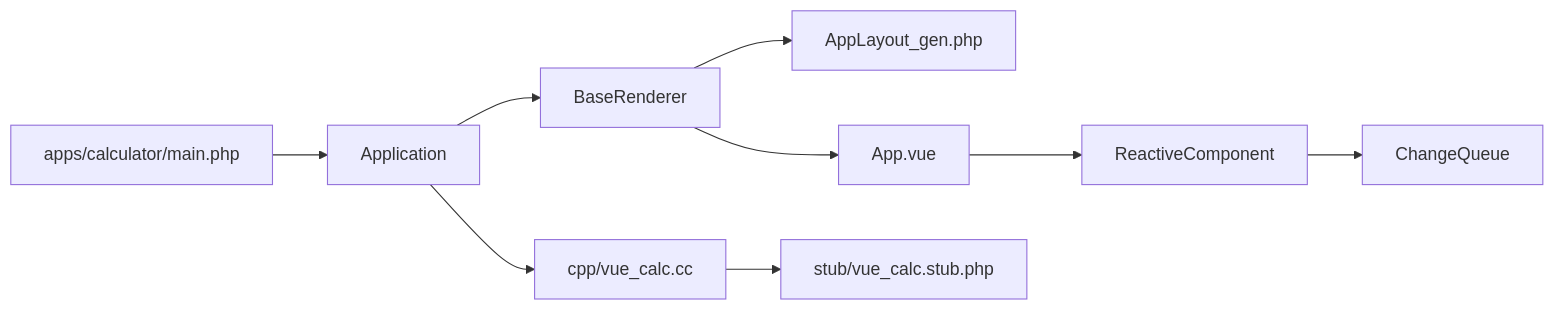
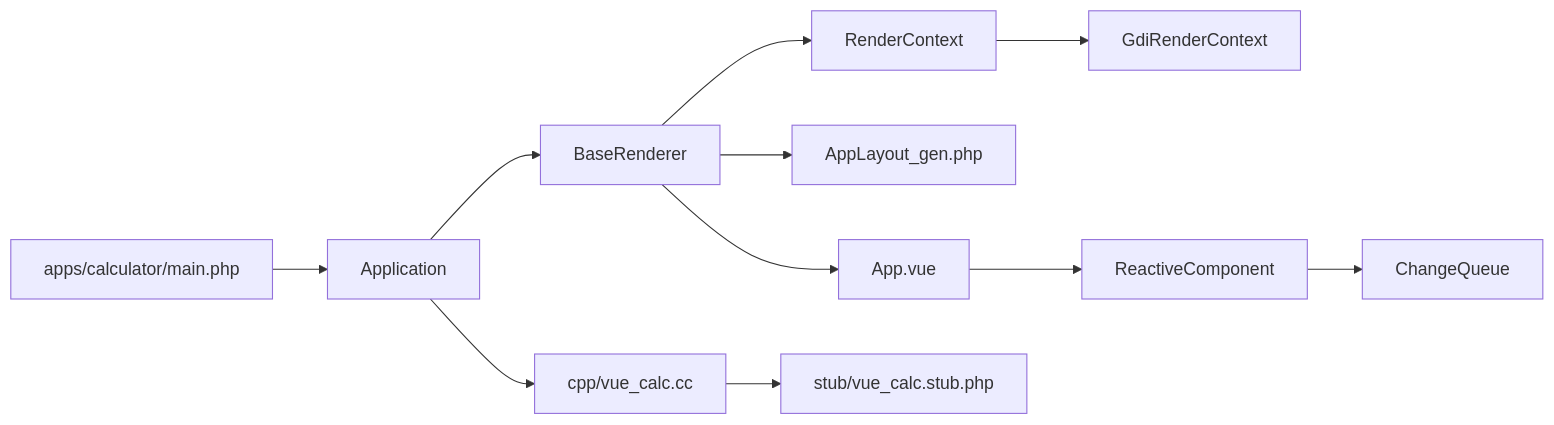
One commit to xingye00186/PHP-Data-UI-Framework-powered-by-swooleAOT changed the eighth of 8 diagrams in .qoder/repowiki/zh/content/应用程序生命周期/应用程序生命周期.md. Above: the diagram before and after it, drawn with Mermaid. The commit also changed other lines of this file and 10 other files, not shown here.

````diff
--- a/.qoder/repowiki/zh/content/应用程序生命周期/应用程序生命周期.md
+++ b/.qoder/repowiki/zh/content/应用程序生命周期/应用程序生命周期.md
@@ -303,11 +402,13 @@
 ```mermaid
 graph LR
 MAIN["apps/calculator/main.php"] --> APP["Application"]
 APP --> RENDER["BaseRenderer"]
+RENDER --> CTX["RenderContext"]
+CTX --> GDI["GdiRenderContext"]
 RENDER --> LAYOUT["AppLayout_gen.php"]
 RENDER --> CALC["App.vue"]
 CALC --> BASE["ReactiveComponent"]
 BASE --> Q["ChangeQueue"]
 APP --> CPP["cpp/vue_calc.cc"]
 CPP --> STUB["stub/vue_calc.stub.php"]
 ```
````
